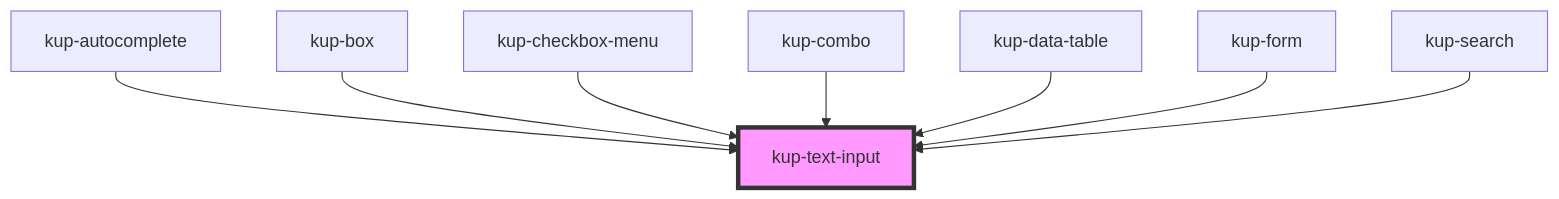
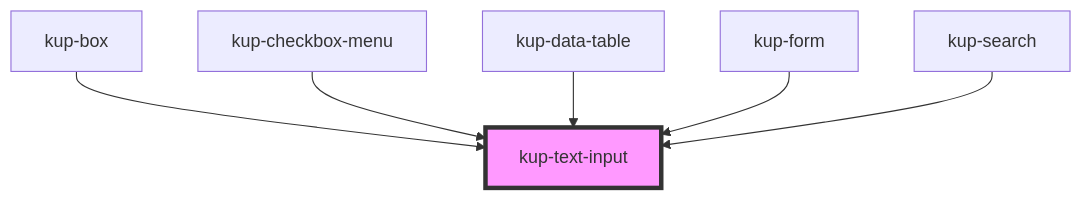
One commit to smeup/ketchup changed the diagram in packages/ketchup/src/components/kup-text-input/readme.md. Above: the diagram before and after it, drawn with Mermaid. The commit also changed other lines of this file and 60 other files, not shown here.

````diff
--- a/packages/ketchup/src/components/kup-text-input/readme.md
+++ b/packages/ketchup/src/components/kup-text-input/readme.md
@@ -85,11 +83,9 @@
 ```mermaid
 graph TD;
-  kup-autocomplete --> kup-text-input
   kup-box --> kup-text-input
   kup-checkbox-menu --> kup-text-input
-  kup-combo --> kup-text-input
   kup-data-table --> kup-text-input
   kup-form --> kup-text-input
   kup-search --> kup-text-input
   style kup-text-input fill:#f9f,stroke:#333,stroke-width:4px
 ```
````
